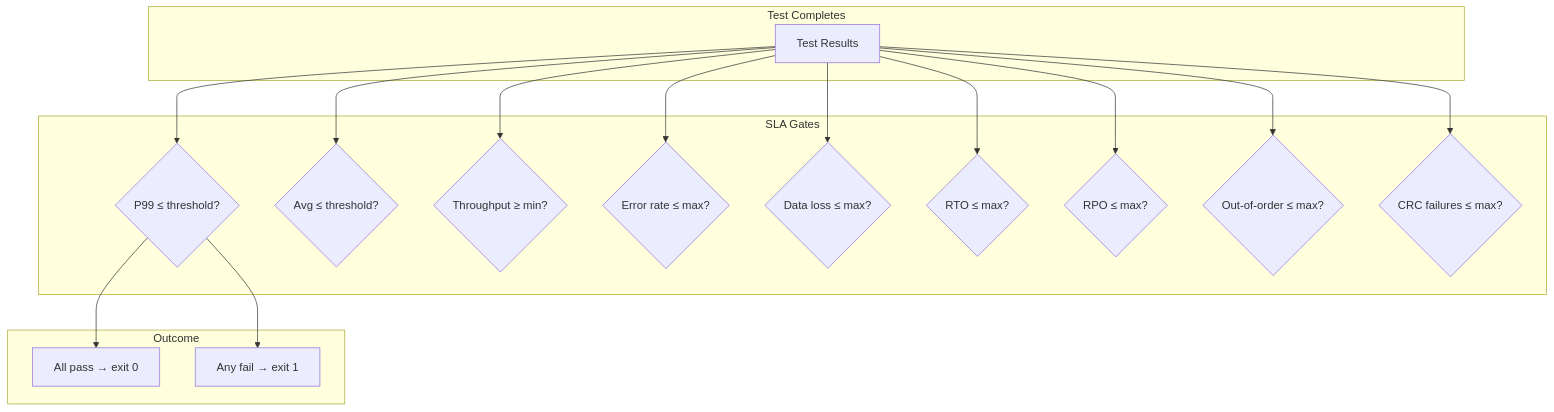
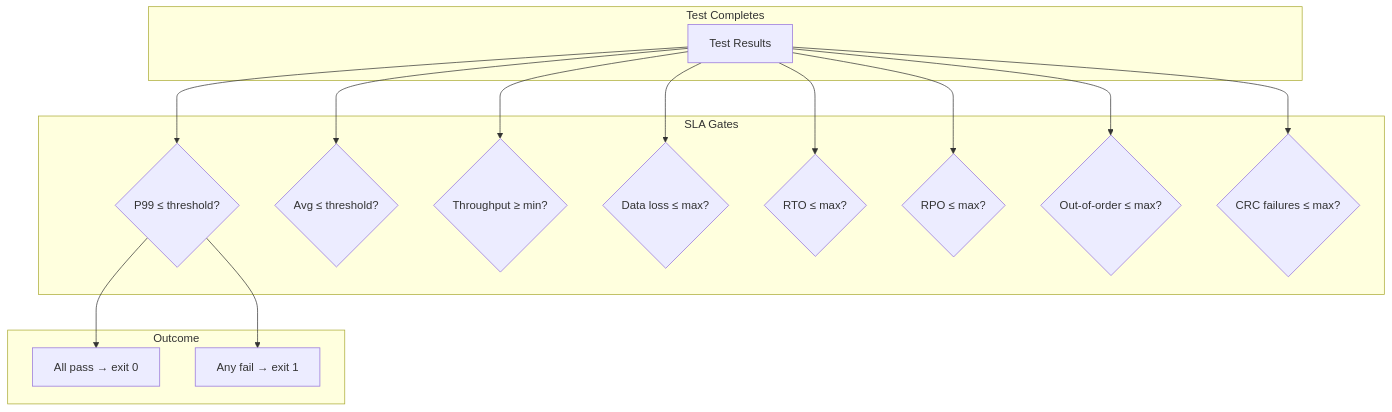
The second of 2 diagrams in docs/book/13-scenario-files.md (actions-marketplace-validations/bmscomp_kates), drawn with Mermaid before and after one commit. The commit also changed other lines of this file and 23 other files, not shown here.

````diff
--- a/docs/book/13-scenario-files.md
+++ b/docs/book/13-scenario-files.md
@@ -121,23 +125,22 @@
 ```mermaid
 graph TD
     subgraph Test Completes
         R[Test Results]
     end
     
     subgraph SLA Gates
         R --> G1{"P99 ≤ threshold?"}
         R --> G2{"Avg ≤ threshold?"}
         R --> G3{"Throughput ≥ min?"}
-        R --> G4{"Error rate ≤ max?"}
         R --> G5{"Data loss ≤ max?"}
         R --> G6{"RTO ≤ max?"}
         R --> G7{"RPO ≤ max?"}
         R --> G8{"Out-of-order ≤ max?"}
         R --> G9{"CRC failures ≤ max?"}
     end
     
     subgraph Outcome
         G1 --> PASS["All pass → exit 0"]
         G1 --> FAIL["Any fail → exit 1"]
     end
 ```
````
